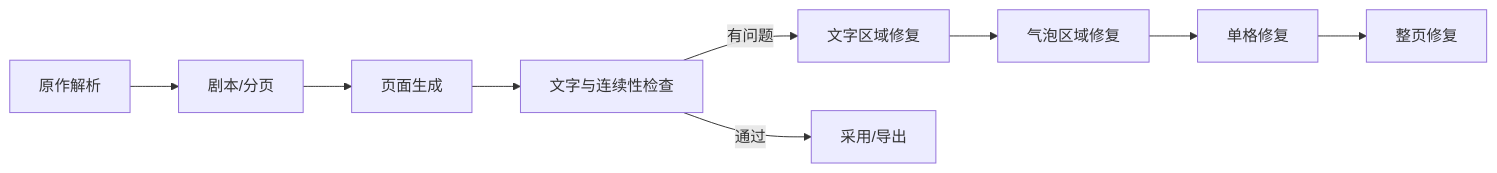
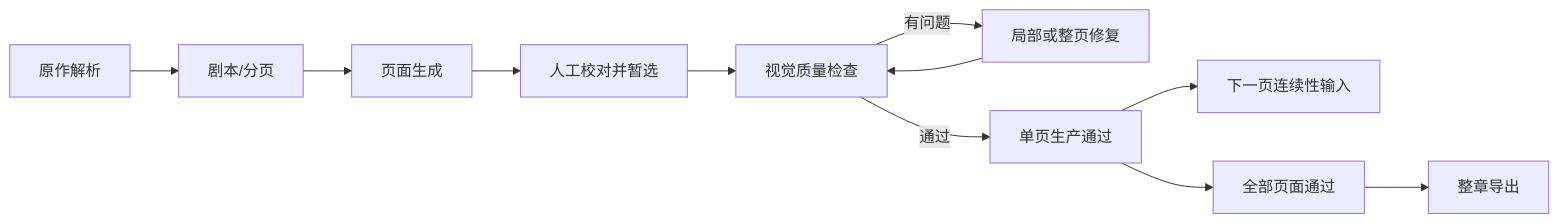
One commit to coffe01-10/MangaFlow changed the second of 2 diagrams in docs/architecture.md. Above: the diagram before and after it, drawn with Mermaid. The commit also changed other lines of this file and 23 other files, not shown here.

````diff
--- a/docs/architecture.md
+++ b/docs/architecture.md
@@ -68,11 +68,13 @@
 ```mermaid
 flowchart LR
     A["原作解析"] --> B["剧本/分页"]
     B --> C["页面生成"]
-    C --> D["文字与连续性检查"]
-    D -->|"有问题"| E["文字区域修复"]
-    E --> F["气泡区域修复"]
-    F --> G["单格修复"]
-    G --> H["整页修复"]
-    D -->|"通过"| I["采用/导出"]
+    C --> D["人工校对并暂选"]
+    D --> E["视觉质量检查"]
+    E -->|"有问题"| F["局部或整页修复"]
+    F --> E
+    E -->|"通过"| G["单页生产通过"]
+    G --> H["下一页连续性输入"]
+    G --> I["全部页面通过"]
+    I --> J["整章导出"]
 ```
````
